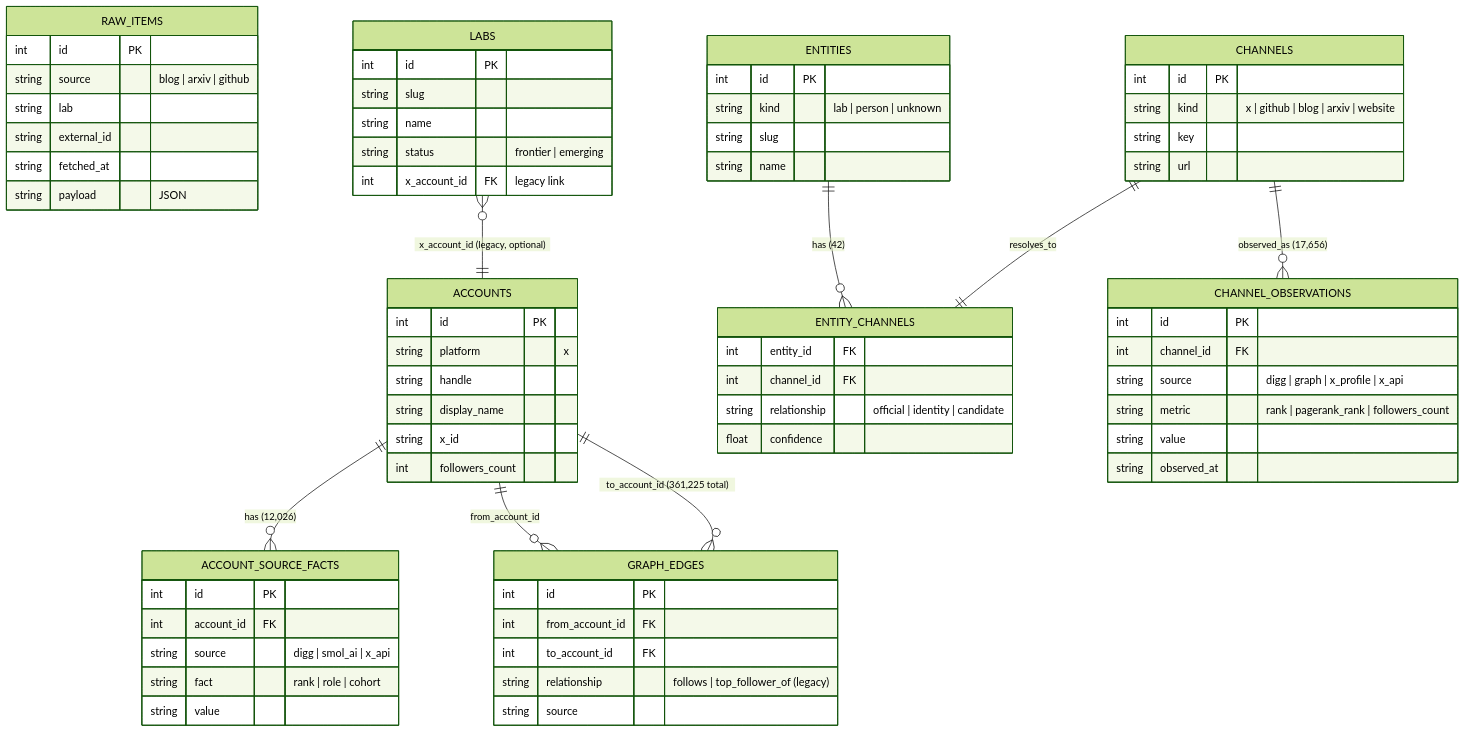
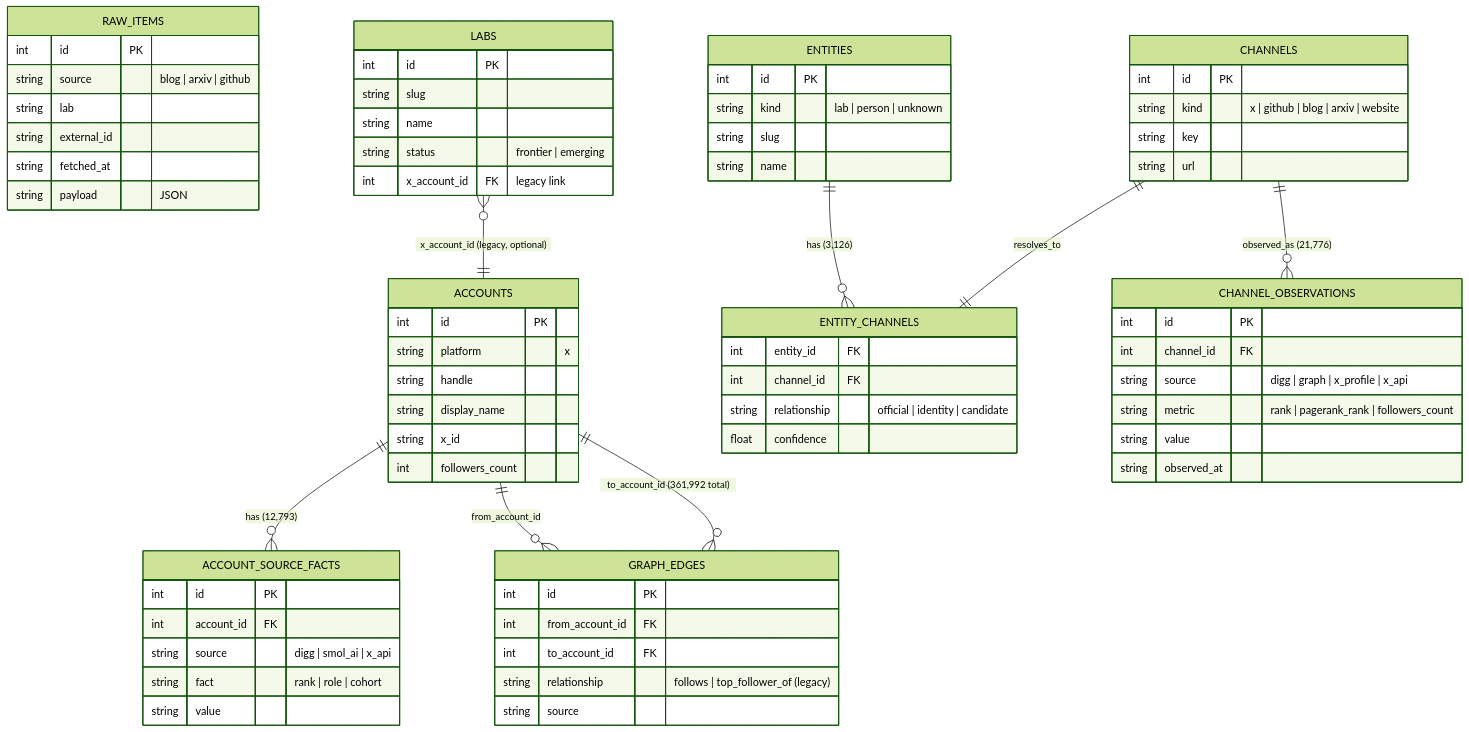
The third of 5 diagrams in docs/architecture/overview.md (AdithyanI/frontier-lab-intelligence), drawn with Mermaid (forest theme) before and after one commit. The commit also changed other lines of this file and 8 other files, not shown here.

````diff
--- a/docs/architecture/overview.md
+++ b/docs/architecture/overview.md
@@ -162,74 +169,74 @@
 ```mermaid
 erDiagram
     RAW_ITEMS {
         int id PK
         string source "blog | arxiv | github"
         string lab
         string external_id
         string fetched_at
         string payload "JSON"
     }
     ACCOUNTS {
         int id PK
         string platform "x"
         string handle
         string display_name
         string x_id
         int followers_count
     }
     ACCOUNT_SOURCE_FACTS {
         int id PK
         int account_id FK
         string source "digg | smol_ai | x_api"
         string fact "rank | role | cohort"
         string value
     }
     GRAPH_EDGES {
         int id PK
         int from_account_id FK
         int to_account_id FK
         string relationship "follows | top_follower_of (legacy)"
         string source
     }
     LABS {
         int id PK
         string slug
         string name
         string status "frontier | emerging"
         int x_account_id FK "legacy link"
     }
     ENTITIES {
         int id PK
         string kind "lab | person | unknown"
         string slug
         string name
     }
     CHANNELS {
         int id PK
         string kind "x | github | blog | arxiv | website"
         string key
         string url
     }
     ENTITY_CHANNELS {
         int entity_id FK
         int channel_id FK
         string relationship "official | identity | candidate"
         float confidence
     }
     CHANNEL_OBSERVATIONS {
         int id PK
         int channel_id FK
         string source "digg | graph | x_profile | x_api"
         string metric "rank | pagerank_rank | followers_count"
         string value
         string observed_at
     }
 
-    ACCOUNTS ||--o{ ACCOUNT_SOURCE_FACTS : "has (12,026)"
+    ACCOUNTS ||--o{ ACCOUNT_SOURCE_FACTS : "has (12,793)"
     ACCOUNTS ||--o{ GRAPH_EDGES : "from_account_id"
-    ACCOUNTS ||--o{ GRAPH_EDGES : "to_account_id (361,225 total)"
+    ACCOUNTS ||--o{ GRAPH_EDGES : "to_account_id (361,992 total)"
     LABS }o--|| ACCOUNTS : "x_account_id (legacy, optional)"
-    ENTITIES ||--o{ ENTITY_CHANNELS : "has (42)"
+    ENTITIES ||--o{ ENTITY_CHANNELS : "has (3,126)"
     CHANNELS ||--|| ENTITY_CHANNELS : resolves_to
-    CHANNELS ||--o{ CHANNEL_OBSERVATIONS : "observed_as (17,656)"
+    CHANNELS ||--o{ CHANNEL_OBSERVATIONS : "observed_as (21,776)"
 ```
````
